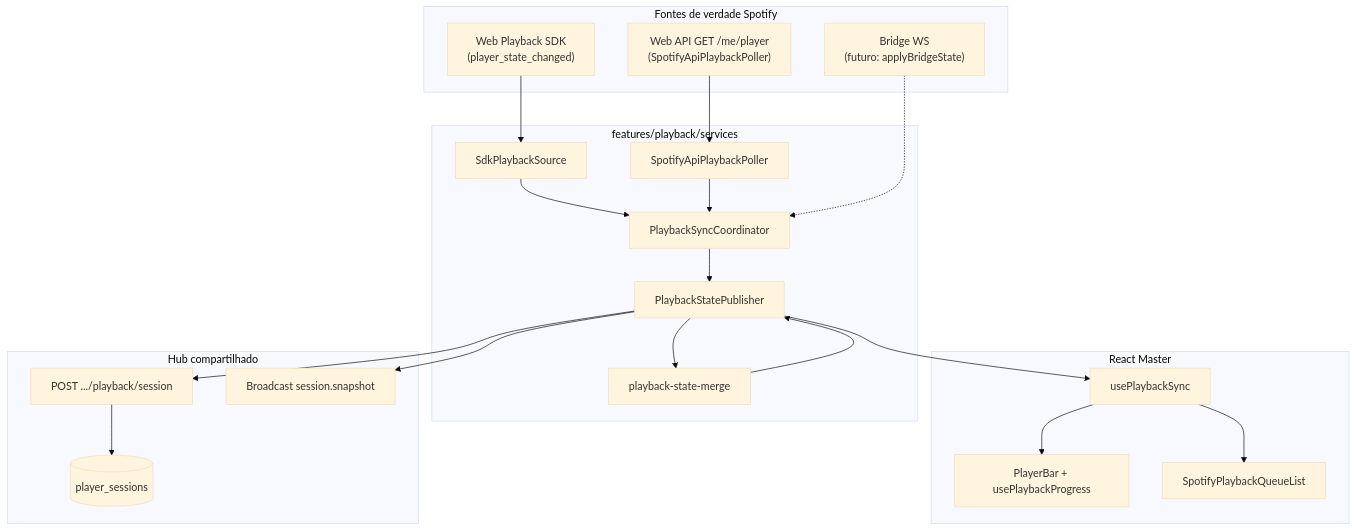
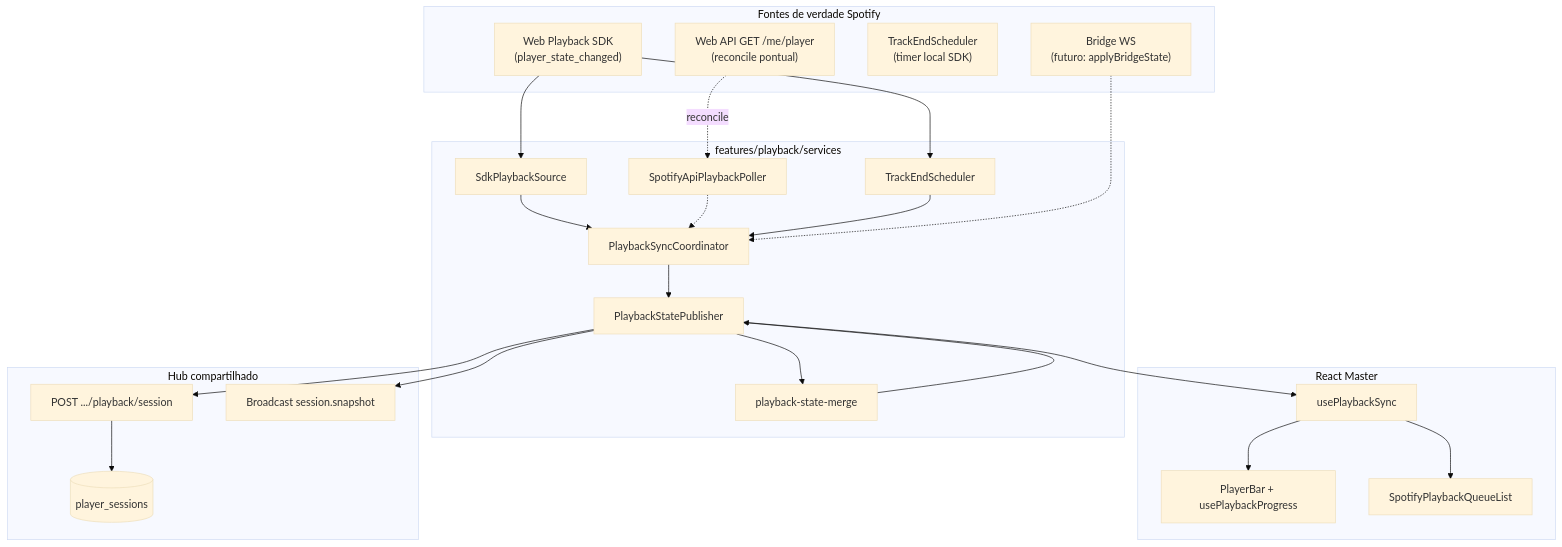
Before and after one commit to LucasArgate/muziks: the first of 3 diagrams in docs/tech/PLAYBACK-MASTER-CLIENT-SYNC.md, drawn with Mermaid (base theme). The commit also changed other lines of this file and 17 other files, not shown here.

````diff
--- a/docs/tech/PLAYBACK-MASTER-CLIENT-SYNC.md
+++ b/docs/tech/PLAYBACK-MASTER-CLIENT-SYNC.md
@@ -19,40 +19,45 @@
 ```mermaid
 flowchart TB
   subgraph Sources["Fontes de verdade Spotify"]
     SDK["Web Playback SDK\n(player_state_changed)"]
-    API["Web API GET /me/player\n(SpotifyApiPlaybackPoller)"]
+    API["Web API GET /me/player\n(reconcile pontual)"]
+    SCHED["TrackEndScheduler\n(timer local SDK)"]
     BR["Bridge WS\n(futuro: applyBridgeState)"]
   end
 
   subgraph Orchestration["features/playback/services"]
     SRC[SdkPlaybackSource]
     POLL[SpotifyApiPlaybackPoller]
+    SCHEDSVC[TrackEndScheduler]
     COORD[PlaybackSyncCoordinator]
     PUB[PlaybackStatePublisher]
     MERGE[playback-state-merge]
   end
 
   subgraph UI["React Master"]
     SYNC[usePlaybackSync]
     BAR[PlayerBar + usePlaybackProgress]
     QLIST[SpotifyPlaybackQueueList]
   end
 
   subgraph Remote["Hub compartilhado"]
     POST["POST .../playback/session"]
     DB[(player_sessions)]
     RT["Broadcast session.snapshot"]
   end
 
   SDK --> SRC --> COORD
-  API --> POLL --> COORD
+  SDK --> SCHEDSVC
+  API -.->|reconcile| POLL
+  POLL -.-> COORD
+  SCHEDSVC --> COORD
   BR -.-> COORD
   COORD --> PUB
   PUB --> MERGE
   MERGE --> PUB
   PUB --> SYNC
   SYNC --> BAR
   SYNC --> QLIST
   PUB --> POST --> DB
   PUB --> RT
 ```
````
